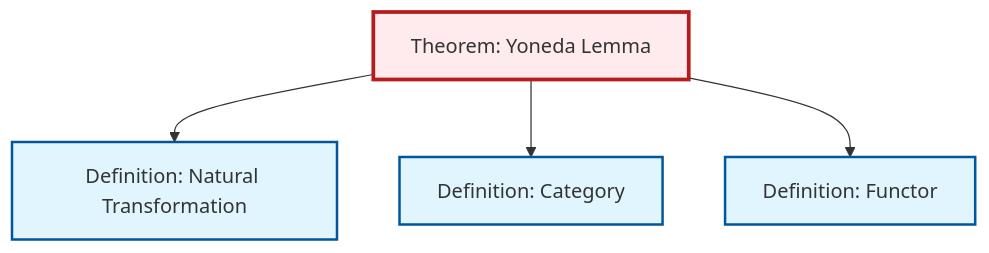
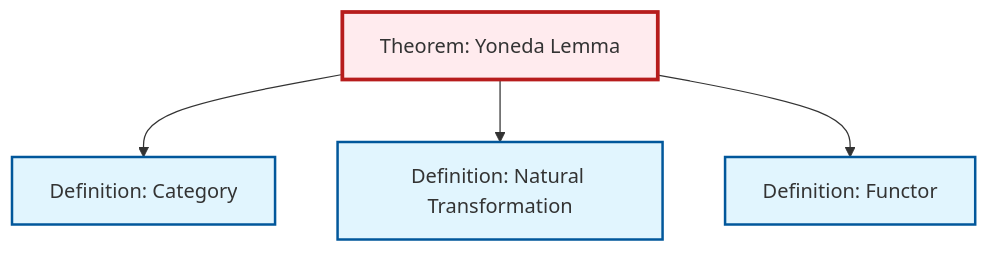
The diagram in content/ja/category-theory/thm-yoneda.qmd (RK0429/ModernMath), drawn with Mermaid before and after one commit. The commit also changed other lines of this file and 360 other files, not shown here.

````diff
--- a/content/ja/category-theory/thm-yoneda.qmd
+++ b/content/ja/category-theory/thm-yoneda.qmd
@@ -96,20 +96,20 @@
 ```{mermaid}
 %%| fig-cap: "Local dependency graph"
 graph TD
     classDef definition fill:#e1f5fe,stroke:#01579b,stroke-width:2px
     classDef theorem fill:#f3e5f5,stroke:#4a148c,stroke-width:2px
     classDef axiom fill:#fff3e0,stroke:#e65100,stroke-width:2px
     classDef example fill:#e8f5e9,stroke:#1b5e20,stroke-width:2px
     classDef current fill:#ffebee,stroke:#b71c1c,stroke-width:3px
+    def-category["Definition: Category"]:::definition
+    def-functor["Definition: Functor"]:::definition
     def-natural-transformation["Definition: Natural Transformation"]:::definition
     thm-yoneda["Theorem: Yoneda Lemma"]:::theorem
-    def-category["Definition: Category"]:::definition
-    def-functor["Definition: Functor"]:::definition
+    thm-yoneda --> def-category
     thm-yoneda --> def-natural-transformation
-    thm-yoneda --> def-category
     thm-yoneda --> def-functor
     class thm-yoneda current
-    click def-natural-transformation "def-natural-transformation.html" "Definition: Natural Transformationへ"
     click def-category "def-category.html" "Definition: Categoryへ"
     click def-functor "def-functor.html" "Definition: Functorへ"
+    click def-natural-transformation "def-natural-transformation.html" "Definition: Natural Transformationへ"
 ```
````
